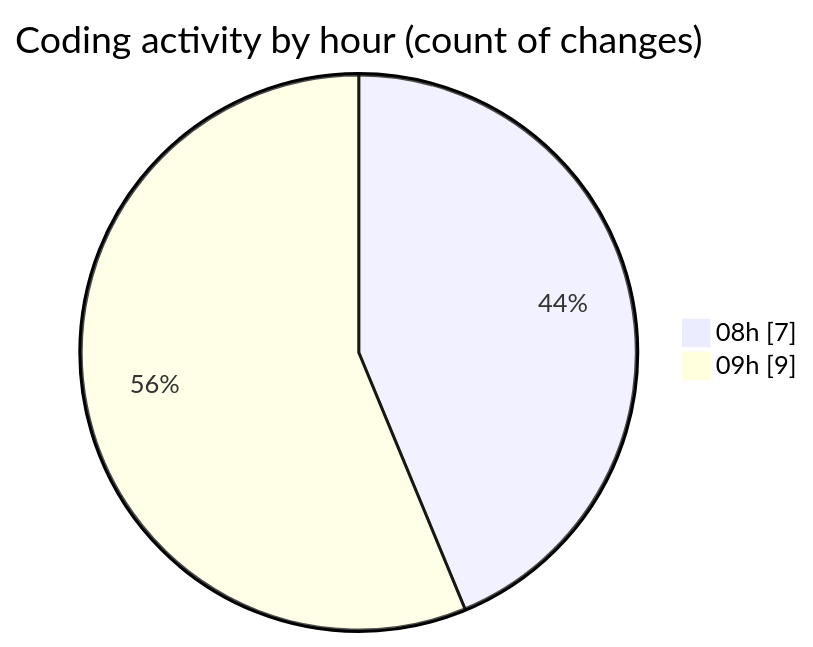
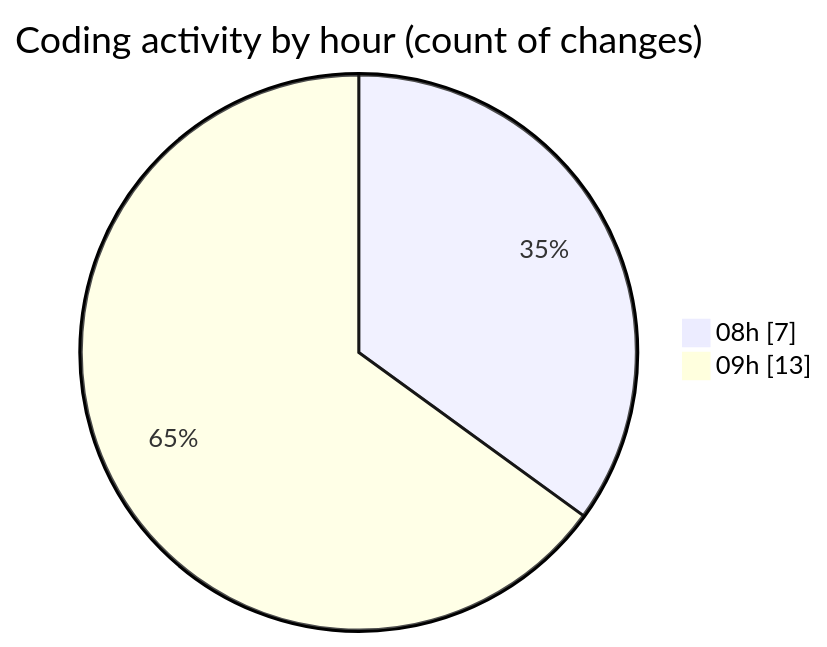
Before and after one commit to momahboobian/code-tracking: the second of 2 diagrams in 2025-11-11/cda/README.md, drawn with Mermaid. The commit also changed other lines of this file and 1 other file, not shown here.

````diff
--- a/2025-11-11/cda/README.md
+++ b/2025-11-11/cda/README.md
@@ -30,6 +31,6 @@
 ```mermaid
 pie showData
 title Coding activity by hour (count of changes)
 "08h" : 7
-"09h" : 9
+"09h" : 13
 ```
````
